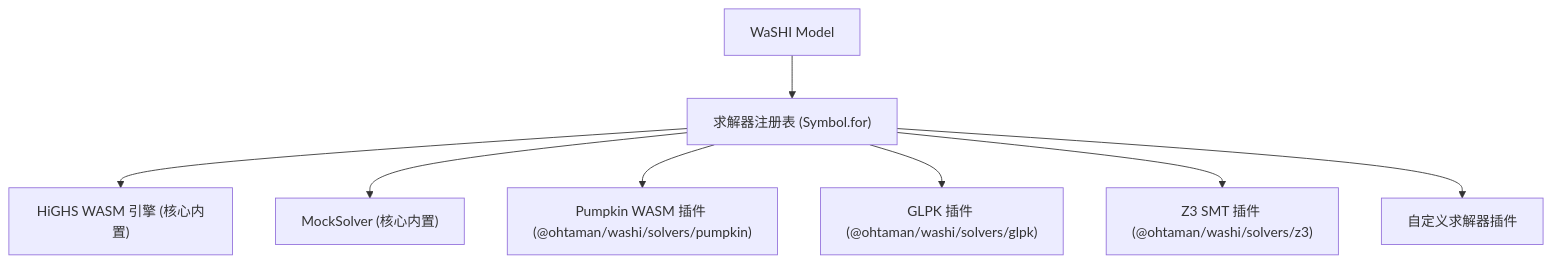
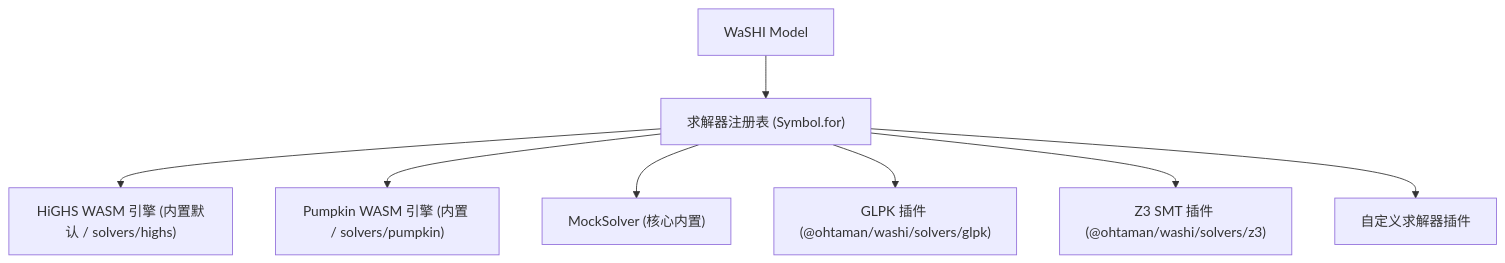
The diagram in docs/zh/solvers/custom-solver.md (ohtaman/washi), drawn with Mermaid before and after one commit. The commit also changed other lines of this file and 130 other files, not shown here.

Commit message:
refactor(solvers): unify bundled HiGHS and Pumpkin layout and auto-registration (#413)

````diff
--- a/docs/zh/solvers/custom-solver.md
+++ b/docs/zh/solvers/custom-solver.md
@@ -11,10 +11,10 @@
 ```mermaid
 graph TD
     A[WaSHI Model] --> B["求解器注册表 (Symbol.for)"]
-    B --> C["HiGHS WASM 引擎 (核心内置)"]
+    B --> C["HiGHS WASM 引擎 (内置默认 / solvers/highs)"]
+    B --> H["Pumpkin WASM 引擎 (内置 / solvers/pumpkin)"]
     B --> D["MockSolver (核心内置)"]
-    B --> H["Pumpkin WASM 插件 (@ohtaman/washi/solvers/pumpkin)"]
     B --> E["GLPK 插件 (@ohtaman/washi/solvers/glpk)"]
     B --> F["Z3 SMT 插件 (@ohtaman/washi/solvers/z3)"]
     B --> G[自定义求解器插件]
 ```
````
